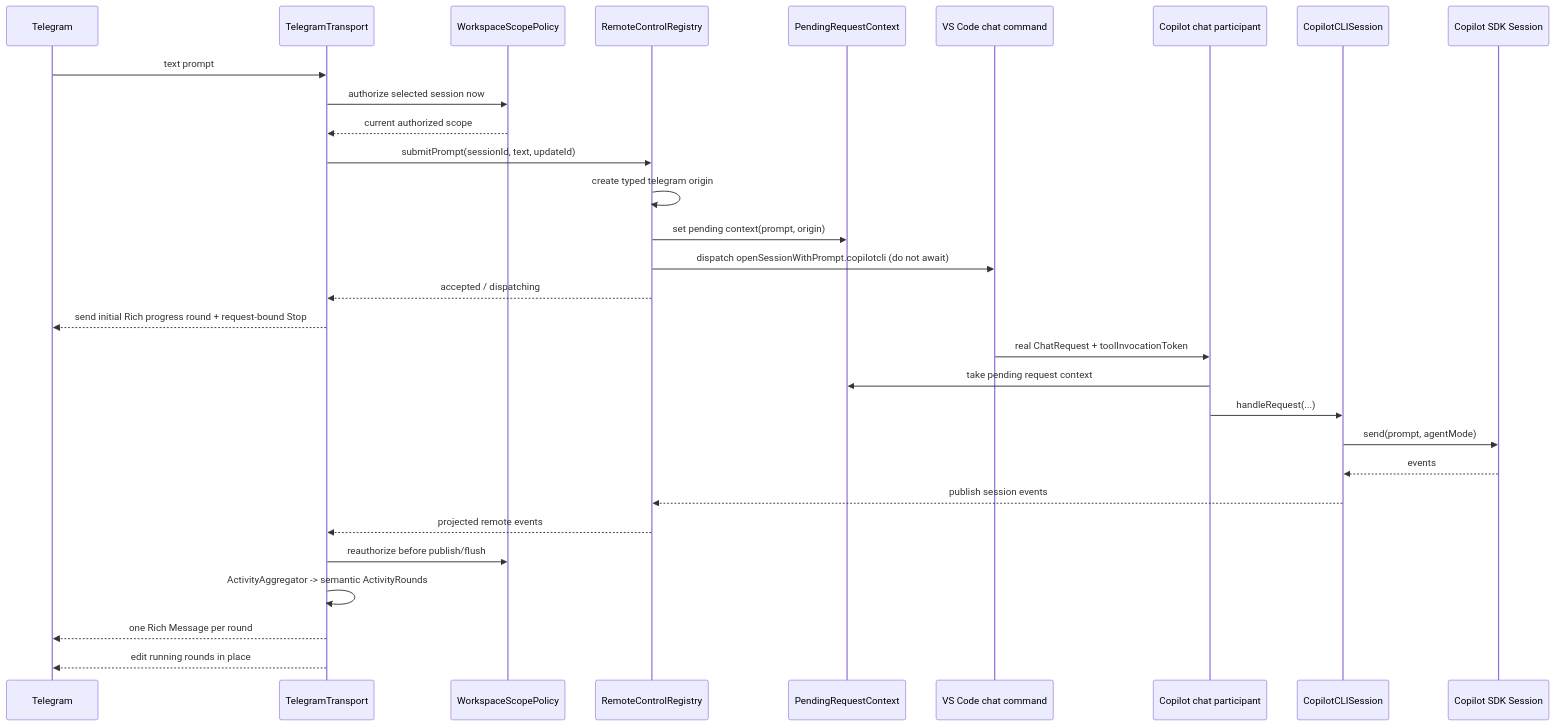
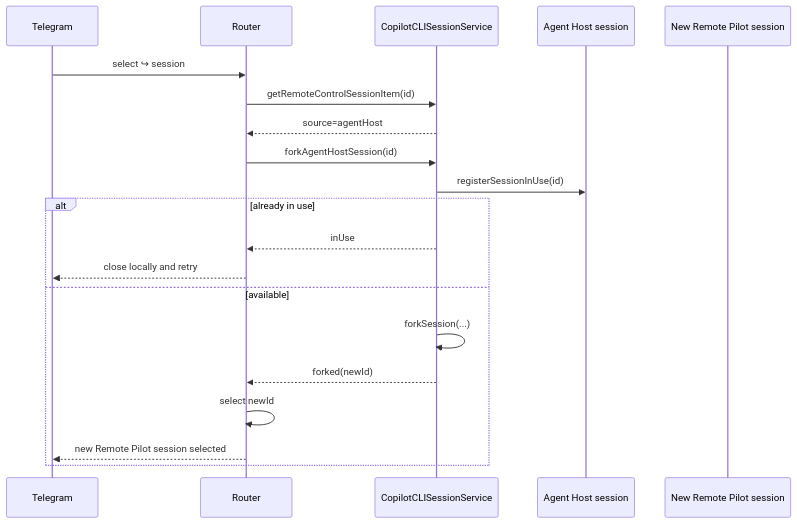
One commit to SachiHarshitha/vscode-telegram changed the sixth of 17 diagrams in extensions/copilot/docs/telegram-remote/CALL_FLOWS.md. Above: the diagram before and after it, drawn with Mermaid. The commit also changed other lines of this file, not shown here.

Commit message:
docs(telegram-remote): align call flows with current runtime

````diff
--- a/extensions/copilot/docs/telegram-remote/CALL_FLOWS.md
+++ b/extensions/copilot/docs/telegram-remote/CALL_FLOWS.md
@@ -157,33 +125,23 @@
 ```mermaid
 sequenceDiagram
     participant T as Telegram
-    participant R as TelegramTransport
-    participant A as WorkspaceScopePolicy
-    participant REG as RemoteControlRegistry
-    participant X as PendingRequestContext
-    participant VS as VS Code chat command
-    participant P as Copilot chat participant
-    participant S as CopilotCLISession
-    participant SDK as Copilot SDK Session
+    participant R as Router
+    participant S as CopilotCLISessionService
+    participant AH as Agent Host session
+    participant EH as New Remote Pilot session
 
-    T->>R: text prompt
-    R->>A: authorize selected session now
-    A-->>R: current authorized scope
-    R->>REG: submitPrompt(sessionId, text, updateId)
-    REG->>REG: create typed telegram origin
-    REG->>X: set pending context(prompt, origin)
-    REG->>VS: dispatch openSessionWithPrompt.copilotcli (do not await)
-    REG-->>R: accepted / dispatching
-    R-->>T: send initial Rich progress round + request-bound Stop
-    VS->>P: real ChatRequest + toolInvocationToken
-    P->>X: take pending request context
-    P->>S: handleRequest(...)
-    S->>SDK: send(prompt, agentMode)
-    SDK-->>S: events
-    S-->>REG: publish session events
-    REG-->>R: projected remote events
-    R->>A: reauthorize before publish/flush
-    R->>R: ActivityAggregator -> semantic ActivityRounds
-    R-->>T: one Rich Message per round
-    R-->>T: edit running rounds in place
+    T->>R: select ↪ session
+    R->>S: getRemoteControlSessionItem(id)
+    S-->>R: source=agentHost
+    R->>S: forkAgentHostSession(id)
+    S->>AH: registerSessionInUse(id)
+    alt already in use
+        S-->>R: inUse
+        R-->>T: close locally and retry
+    else available
+        S->>S: forkSession(...)
+        S-->>R: forked(newId)
+        R->>R: select newId
+        R-->>T: new Remote Pilot session selected
+    end
 ```
````
